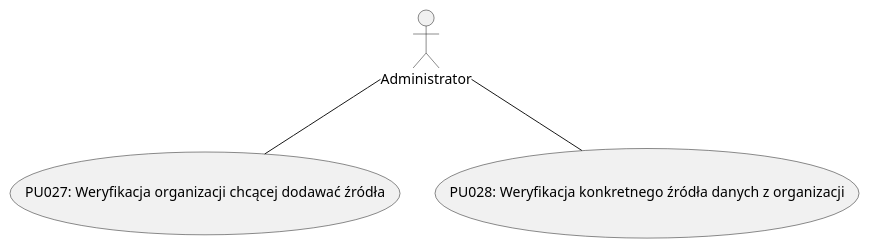
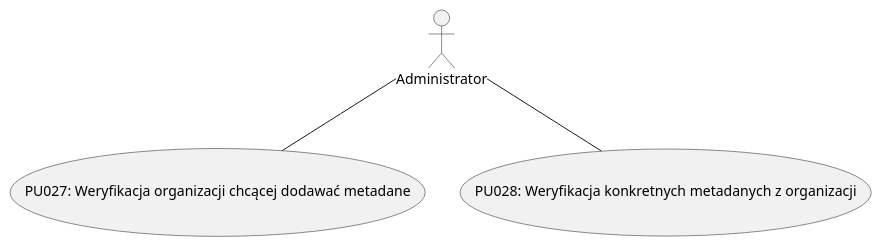
The diagram in dokumentacja/specyfikacja.wymagan/4.wymagania.uzytkownika/4.1.wymagania.funkcjonalne/PU0003.puml (falkowp/IWO25L), drawn with PlantUML before and after one commit. The commit also changed 2 other files, not shown here.

Commit message:
literowka i kolejne poprawki zrodla->metadane

```diff
--- a/dokumentacja/specyfikacja.wymagan/4.wymagania.uzytkownika/4.1.wymagania.funkcjonalne/PU0003.puml
+++ b/dokumentacja/specyfikacja.wymagan/4.wymagania.uzytkownika/4.1.wymagania.funkcjonalne/PU0003.puml
@@ -1,11 +1,11 @@
 @startuml Weryfikacja i kontrola dostępu do źródeł
 
 actor "Administrator" as Admin
 
-usecase "PU027: Weryfikacja organizacji chcącej dodawać źródła" as UC1
-usecase "PU028: Weryfikacja konkretnego źródła danych z organizacji" as UC2
+usecase "PU027: Weryfikacja organizacji chcącej dodawać metadane" as UC1
+usecase "PU028: Weryfikacja konkretnych metadanych z organizacji" as UC2
 
 Admin -- UC1
 Admin -- UC2
 
 @enduml
```
